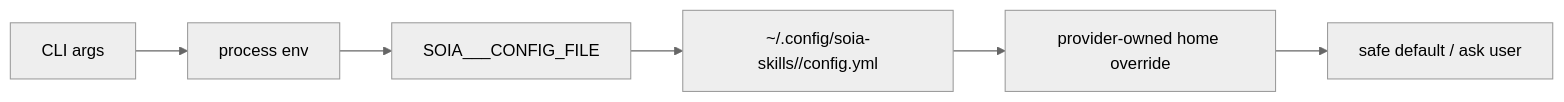
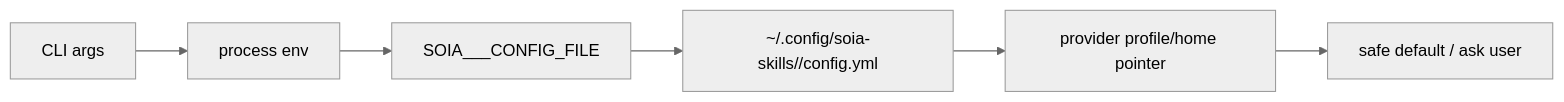
One commit to soia-team/soia-open-dev-coding-skills changed the diagram in SKILL_SPEC.md. Above: the diagram before and after it, drawn with Mermaid (neutral theme). The commit also changed other lines of this file and 27 other files, not shown here.

````diff
--- a/SKILL_SPEC.md
+++ b/SKILL_SPEC.md
@@ -298,8 +337,8 @@
 ```mermaid
 flowchart LR
   A["CLI args"] --> B["process env"]
   B --> C["SOIA_<TYPE>_<SHORT>_CONFIG_FILE"]
   C --> D["~/.config/soia-skills/<skill>/config.yml"]
-  D --> E["provider-owned home override"]
+  D --> E["provider profile/home pointer"]
   E --> F["safe default / ask user"]
 ```
````
